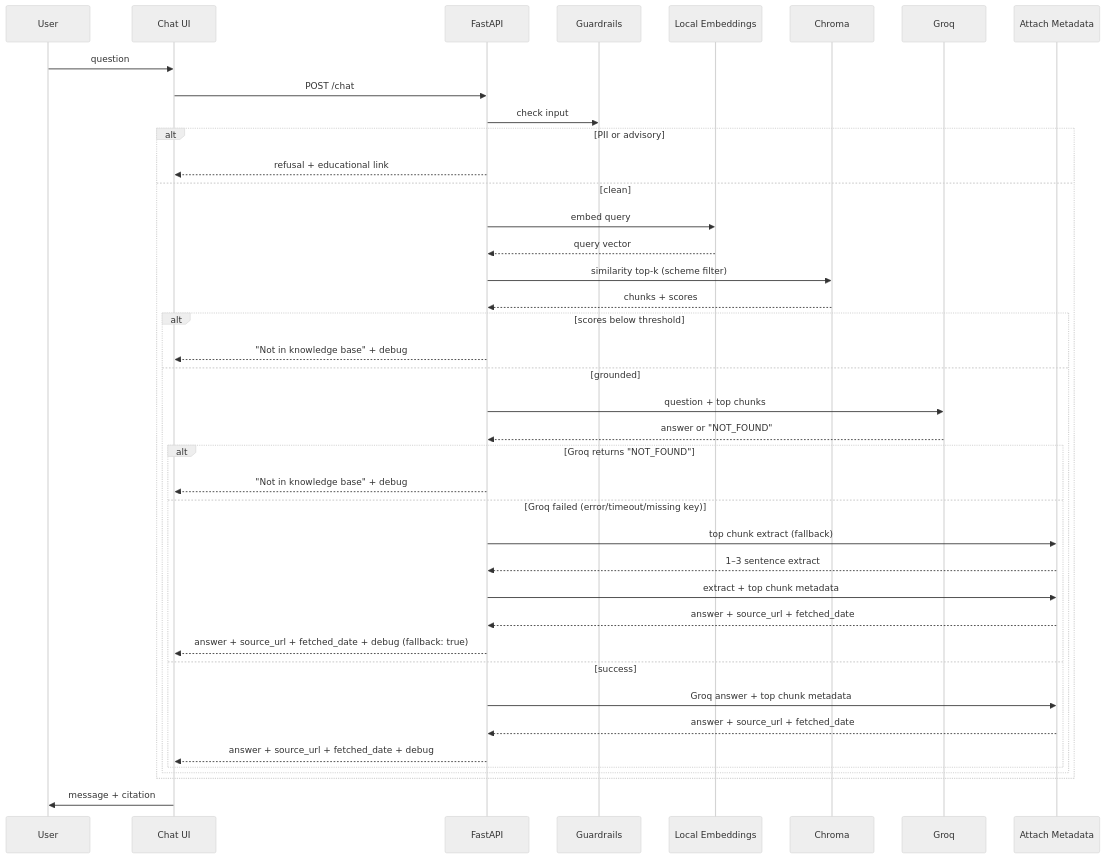
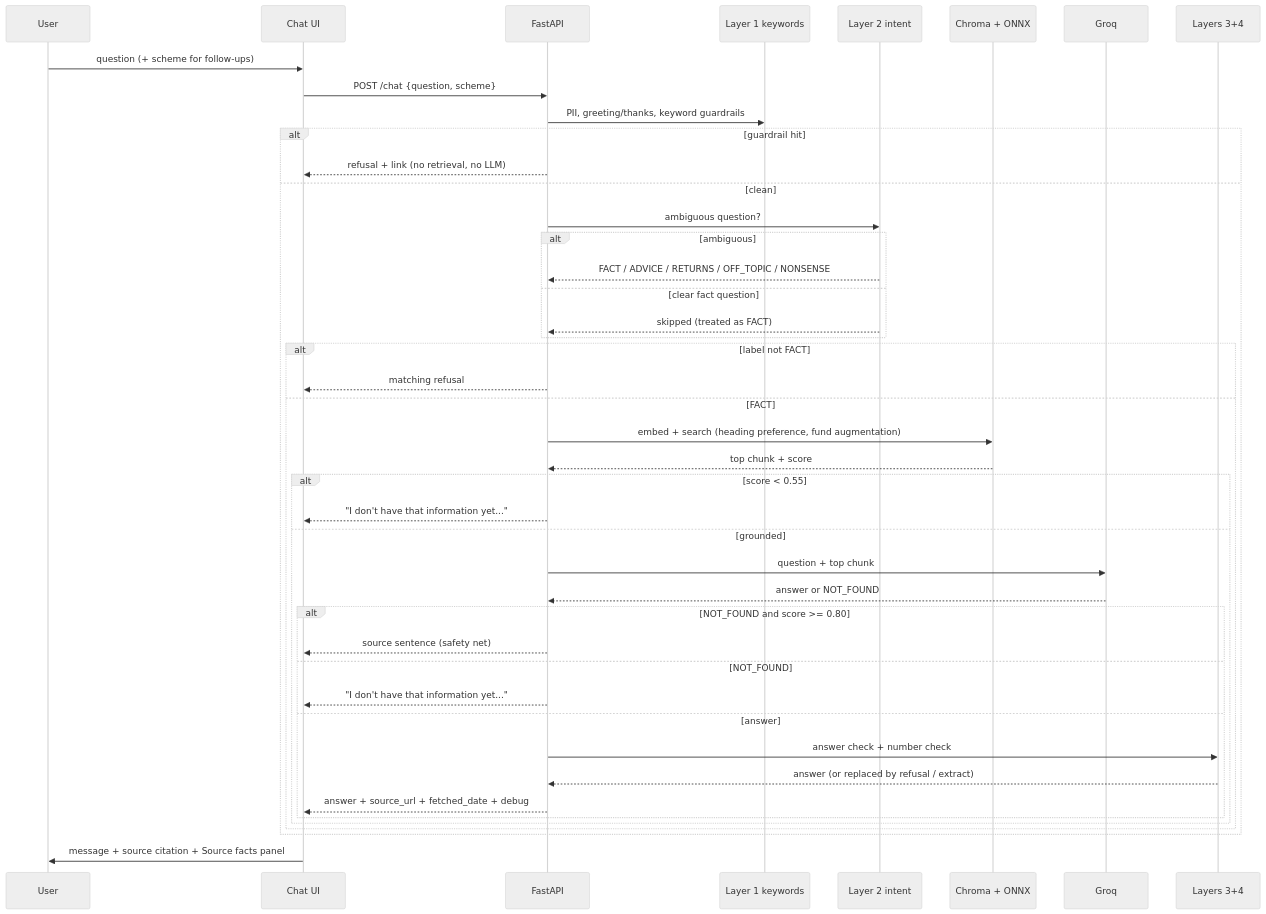
Before and after one commit to imharshal11/tathya-mf-faq-bot: the second of 2 diagrams in architecture.md, drawn with Mermaid (neutral theme). The commit also changed other lines of this file and 3 other files, not shown here.

````diff
--- a/architecture.md
+++ b/architecture.md
@@ -138,43 +176,47 @@
 ```mermaid
 sequenceDiagram
   participant U as User
   participant UI as Chat UI
   participant API as FastAPI
-  participant G as Guardrails
-  participant E as Local Embeddings
-  participant V as Chroma
+  participant G as Layer 1 keywords
+  participant I as Layer 2 intent
+  participant V as Chroma + ONNX
   participant GR as Groq
-  participant X as Attach Metadata
+  participant C as Layers 3+4
 
-  U->>UI: question
-  UI->>API: POST /chat
-  API->>G: check input
-  alt PII or advisory
-    API-->>UI: refusal + educational link
+  U->>UI: question (+ scheme for follow-ups)
+  UI->>API: POST /chat {question, scheme}
+  API->>G: PII, greeting/thanks, keyword guardrails
+  alt guardrail hit
+    API-->>UI: refusal + link (no retrieval, no LLM)
   else clean
-    API->>E: embed query
-    E-->>API: query vector
-    API->>V: similarity top-k (scheme filter)
-    V-->>API: chunks + scores
-    alt scores below threshold
-      API-->>UI: "Not in knowledge base" + debug
-    else grounded
-      API->>GR: question + top chunks
-      GR-->>API: answer or "NOT_FOUND"
-      alt Groq returns "NOT_FOUND"
-        API-->>UI: "Not in knowledge base" + debug
-      else Groq failed (error/timeout/missing key)
-        API->>X: top chunk extract (fallback)
-        X-->>API: 1–3 sentence extract
-        API->>X: extract + top chunk metadata
-        X-->>API: answer + source_url + fetched_date
-        API-->>UI: answer + source_url + fetched_date + debug (fallback: true)
-      else success
-        API->>X: Groq answer + top chunk metadata
-        X-->>API: answer + source_url + fetched_date
-        API-->>UI: answer + source_url + fetched_date + debug
+    API->>I: ambiguous question?
+    alt ambiguous
+      I-->>API: FACT / ADVICE / RETURNS / OFF_TOPIC / NONSENSE
+    else clear fact question
+      I-->>API: skipped (treated as FACT)
+    end
+    alt label not FACT
+      API-->>UI: matching refusal
+    else FACT
+      API->>V: embed + search (heading preference, fund augmentation)
+      V-->>API: top chunk + score
+      alt score < 0.55
+        API-->>UI: "I don't have that information yet..."
+      else grounded
+        API->>GR: question + top chunk
+        GR-->>API: answer or NOT_FOUND
+        alt NOT_FOUND and score >= 0.80
+          API-->>UI: source sentence (safety net)
+        else NOT_FOUND
+          API-->>UI: "I don't have that information yet..."
+        else answer
+          API->>C: answer check + number check
+          C-->>API: answer (or replaced by refusal / extract)
+          API-->>UI: answer + source_url + fetched_date + debug
+        end
       end
     end
   end
-  UI->>U: message + citation
+  UI->>U: message + source citation + Source facts panel
 ```
````
